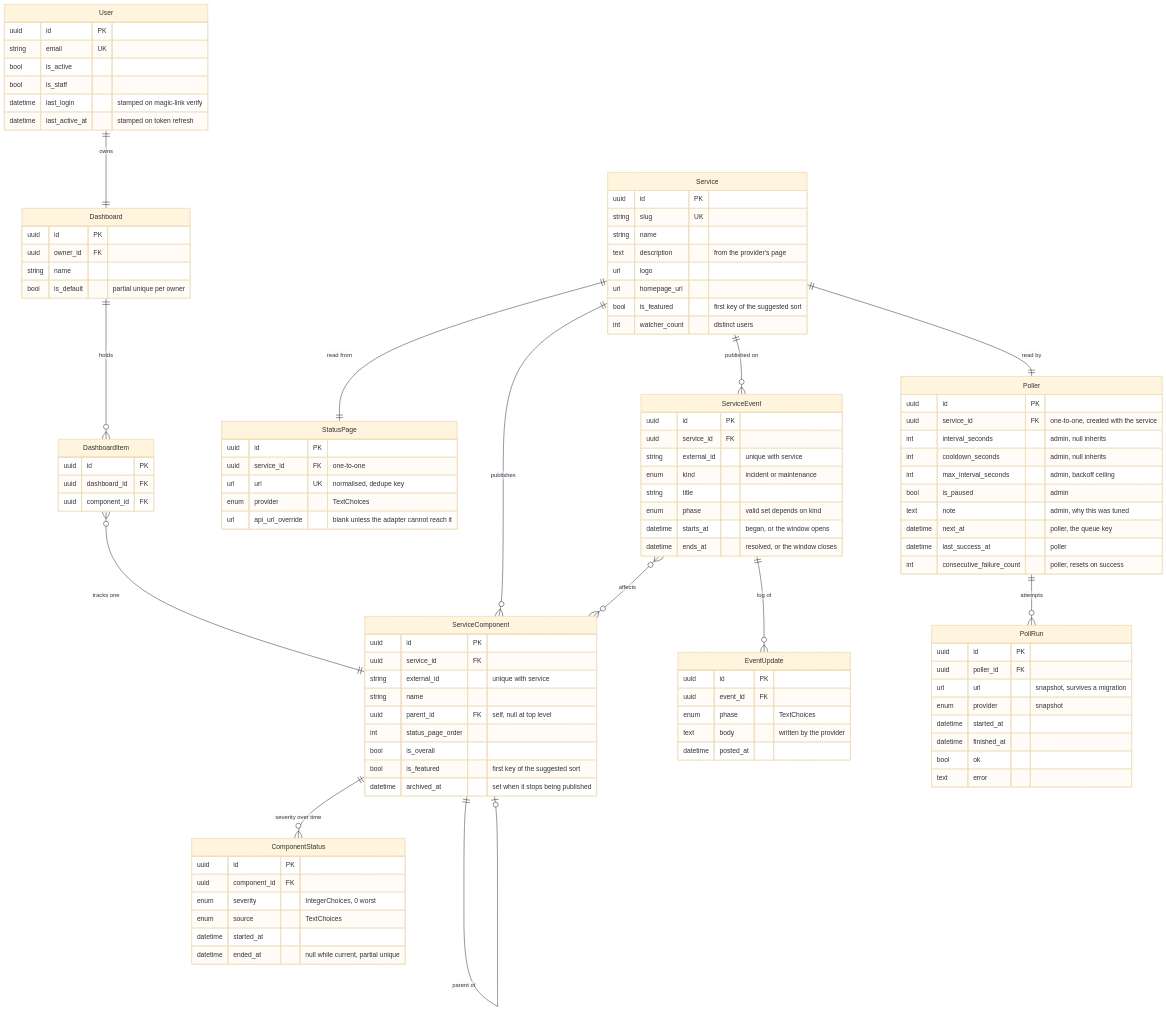
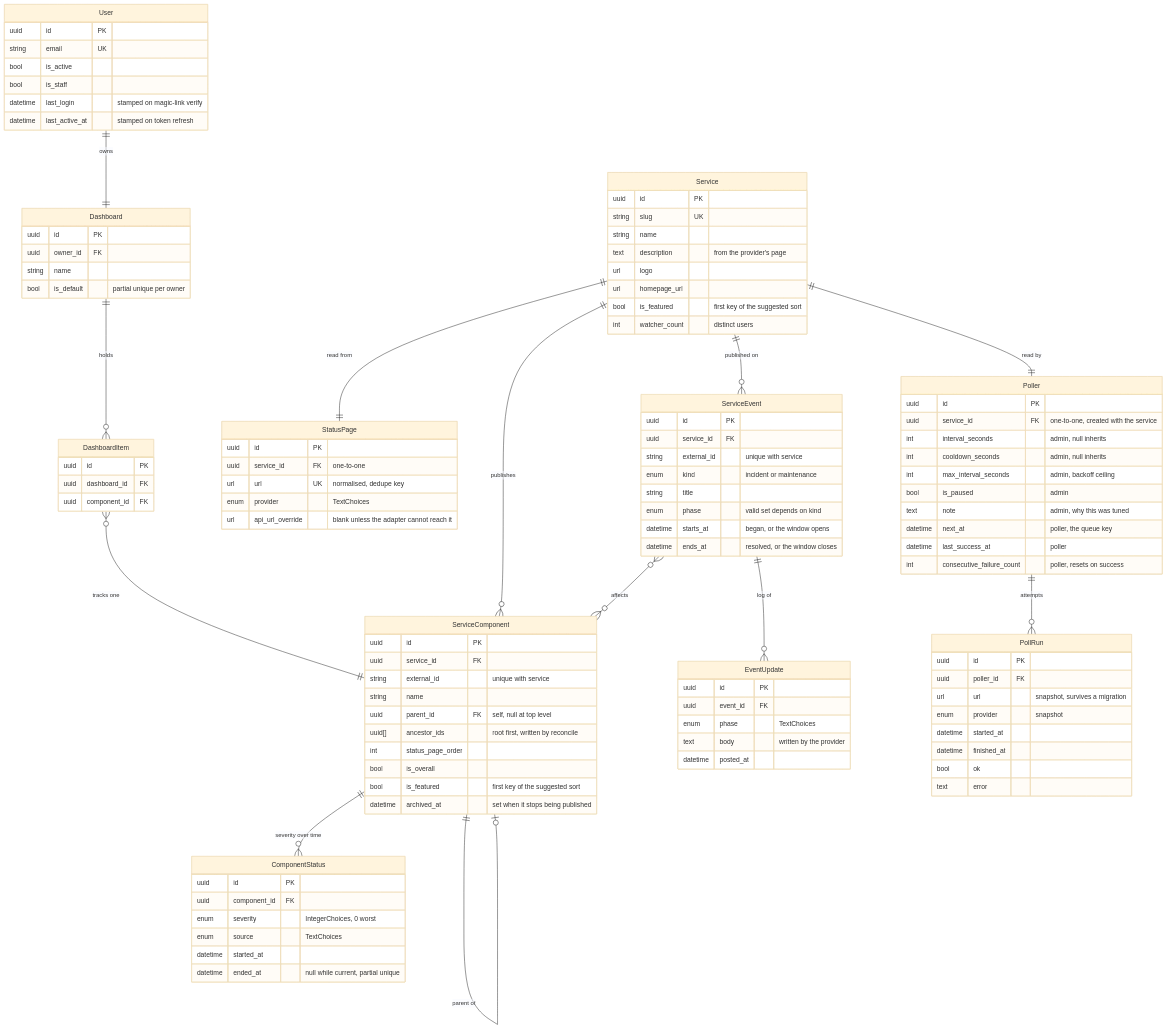
Before and after one commit to thalida/statusboard: the second of 2 diagrams in docs/specs/2026-08-23-statusboard-design.md, drawn with Mermaid (base theme). The commit also changed other lines of this file and 9 other files, not shown here.

```diff
--- a/docs/specs/2026-08-23-statusboard-design.md
+++ b/docs/specs/2026-08-23-statusboard-design.md
@@ -157,6 +157,7 @@
         string external_id "unique with service"
         string name
         uuid parent_id FK "self, null at top level"
+        uuid[] ancestor_ids "root first, written by reconcile"
         int status_page_order
         bool is_overall
         bool is_featured "first key of the suggested sort"
```
